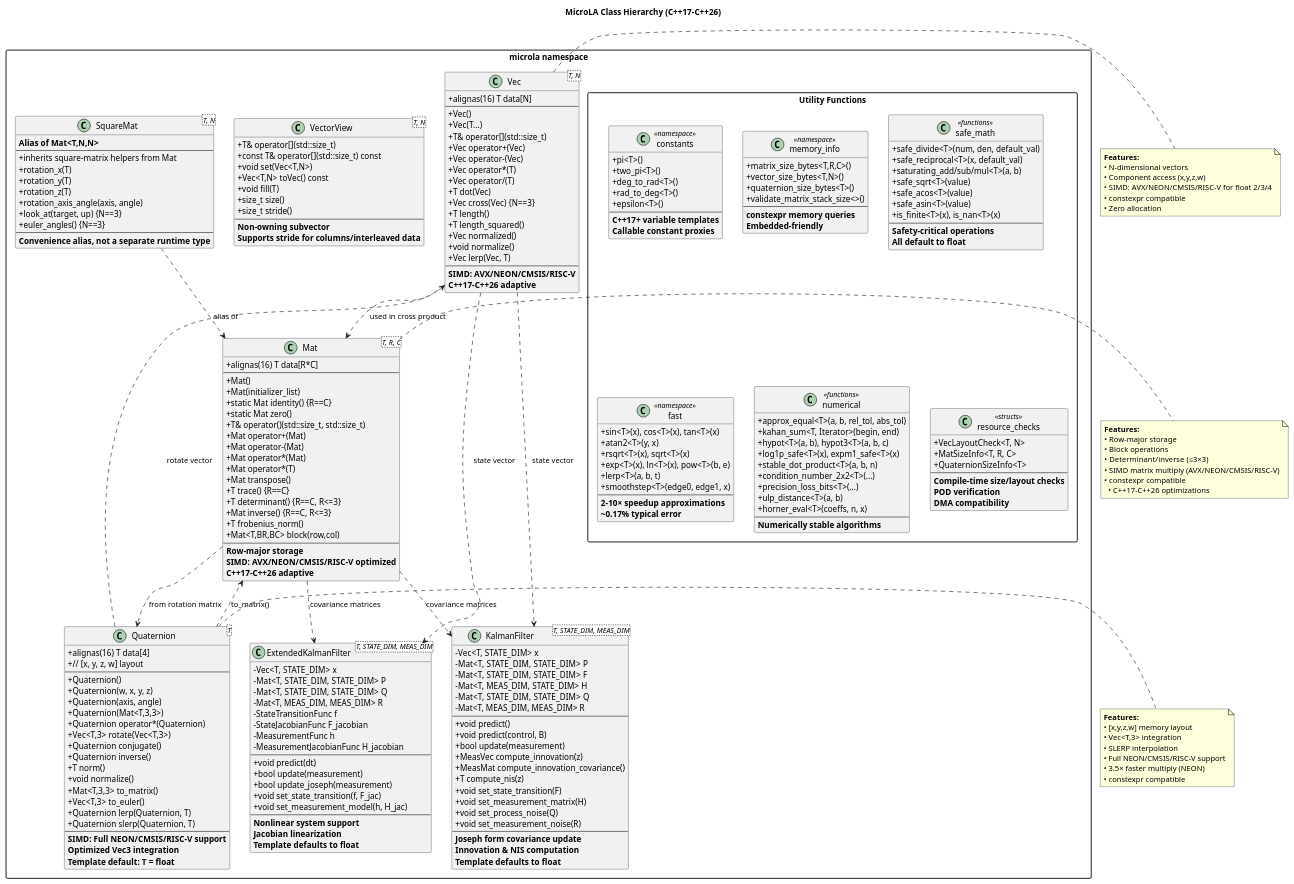
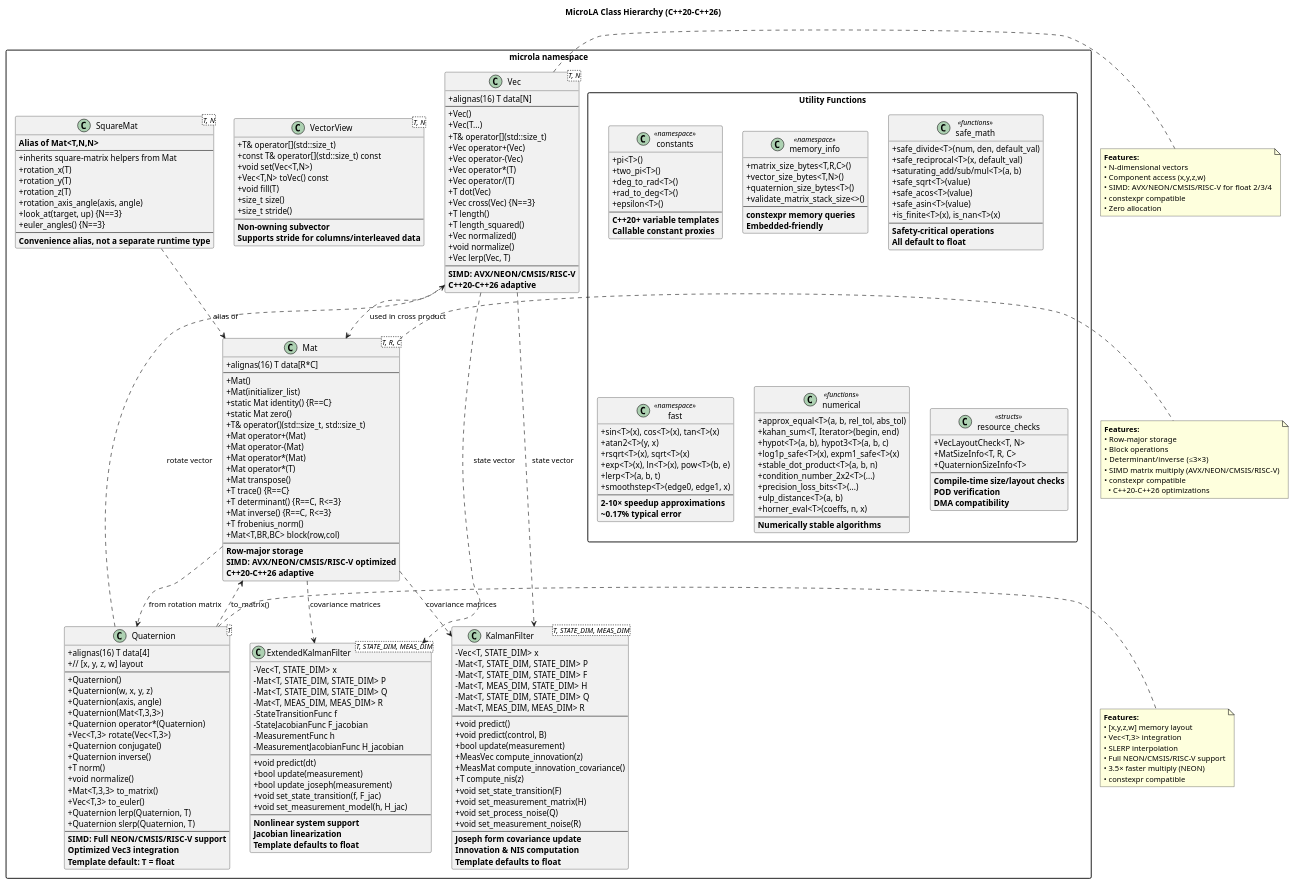
The diagram in design/class_hierarchy.puml (jwbmwv/microLA), drawn with PlantUML before and after one commit. The commit also changed 76 other files, not shown here.

```diff
--- a/design/class_hierarchy.puml
+++ b/design/class_hierarchy.puml
@@ -1,5 +1,5 @@
 @startuml class_hierarchy
-title MicroLA Class Hierarchy (C++17-C++26)
+title MicroLA Class Hierarchy (C++20-C++26)
 
 skinparam classAttributeIconSize 0
 skinparam packageStyle rectangle
@@ -25,7 +25,7 @@
         + Vec lerp(Vec, T)
         --
         **SIMD: AVX/NEON/CMSIS/RISC-V**
-        **C++17-C++26 adaptive**
+        **C++20-C++26 adaptive**
     }
 
     class "Mat<T, R, C>" as Mat {
@@ -49,7 +49,7 @@
         --
         **Row-major storage**
         **SIMD: AVX/NEON/CMSIS/RISC-V optimized**
-        **C++17-C++26 adaptive**
+        **C++20-C++26 adaptive**
     }
 
     class "VectorView<T, N>" as VecView {
@@ -156,7 +156,7 @@
             + rad_to_deg<T>()
             + epsilon<T>()
             --
-            **C++17+ variable templates**
+            **C++20+ variable templates**
             **Callable constant proxies**
         }
 
@@ -247,7 +247,7 @@
   • Determinant/inverse (≤3×3)
   • SIMD matrix multiply (AVX/NEON/CMSIS/RISC-V)
   • constexpr compatible
-    • C++17-C++26 optimizations
+    • C++20-C++26 optimizations
 end note
 
 note right of Quat
```
